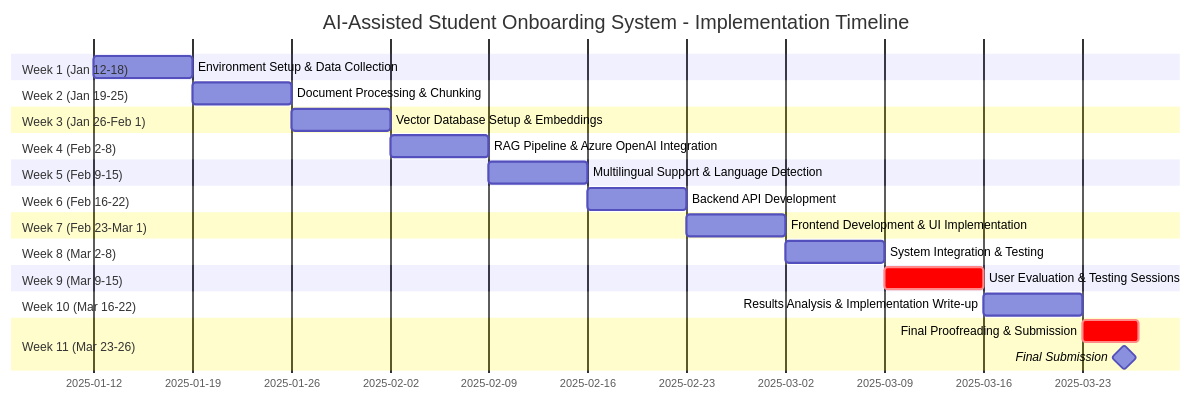
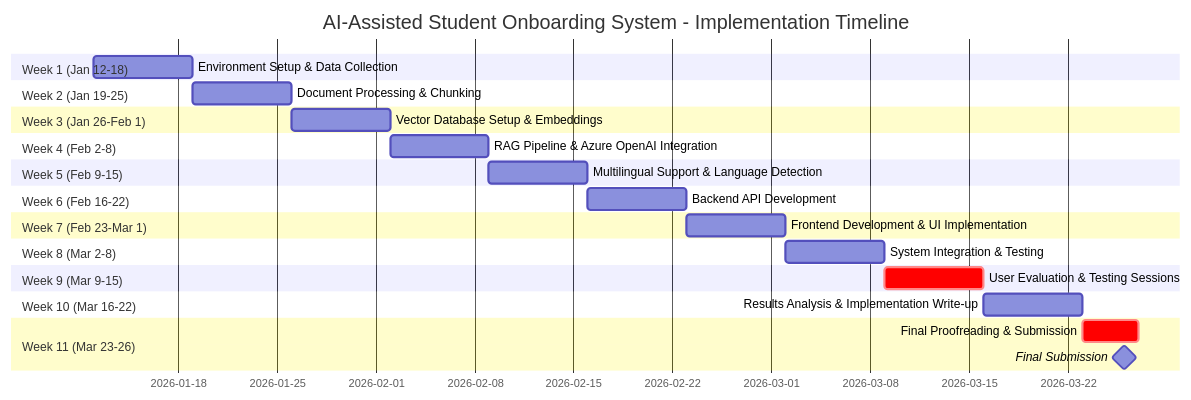
Before and after one commit to nm2064/Supporting-new-students-orienting-themselves-on-campus: the diagram in Gantt Chart/README.md, drawn with Mermaid. The commit also changed other lines of this file, not shown here.

Commit message:
Update project timeline to 2026

````diff
--- a/Gantt Chart/README.md
+++ b/Gantt Chart/README.md
@@ -7,39 +7,39 @@
 ```mermaid
 gantt
     title AI-Assisted Student Onboarding System - Implementation Timeline
     dateFormat YYYY-MM-DD
 
     section Week 1 (Jan 12-18)
-    Environment Setup & Data Collection             :w1, 2025-01-12, 7d
+    Environment Setup & Data Collection             :w1, 2026-01-12, 7d
 
     section Week 2 (Jan 19-25)
-    Document Processing & Chunking                  :w2, 2025-01-19, 7d
+    Document Processing & Chunking                  :w2, 2026-01-19, 7d
 
     section Week 3 (Jan 26-Feb 1)
-    Vector Database Setup & Embeddings              :w3, 2025-01-26, 7d
+    Vector Database Setup & Embeddings              :w3, 2026-01-26, 7d
 
     section Week 4 (Feb 2-8)
-    RAG Pipeline & Azure OpenAI Integration         :w4, 2025-02-02, 7d
+    RAG Pipeline & Azure OpenAI Integration         :w4, 2026-02-02, 7d
 
     section Week 5 (Feb 9-15)
-    Multilingual Support & Language Detection       :w5, 2025-02-09, 7d
+    Multilingual Support & Language Detection       :w5, 2026-02-09, 7d
 
     section Week 6 (Feb 16-22)
-    Backend API Development                         :w6, 2025-02-16, 7d
+    Backend API Development                         :w6, 2026-02-16, 7d
 
     section Week 7 (Feb 23-Mar 1)
-    Frontend Development & UI Implementation        :w7, 2025-02-23, 7d
+    Frontend Development & UI Implementation        :w7, 2026-02-23, 7d
 
     section Week 8 (Mar 2-8)
-    System Integration & Testing                    :w8, 2025-03-02, 7d
+    System Integration & Testing                    :w8, 2026-03-02, 7d
 
     section Week 9 (Mar 9-15)
-    User Evaluation & Testing Sessions              :crit, w9, 2025-03-09, 7d
+    User Evaluation & Testing Sessions              :crit, w9, 2026-03-09, 7d
 
     section Week 10 (Mar 16-22)
-    Results Analysis & Implementation Write-up      :w10, 2025-03-16, 7d
+    Results Analysis & Implementation Write-up      :w10, 2026-03-16, 7d
 
     section Week 11 (Mar 23-26)
-    Final Proofreading & Submission                 :crit, w11, 2025-03-23, 4d
-    Final Submission                                :milestone, submit, 2025-03-26, 0d
+    Final Proofreading & Submission                 :crit, w11, 2026-03-23, 4d
+    Final Submission                                :milestone, submit, 2026-03-26, 0d
 ```
````
